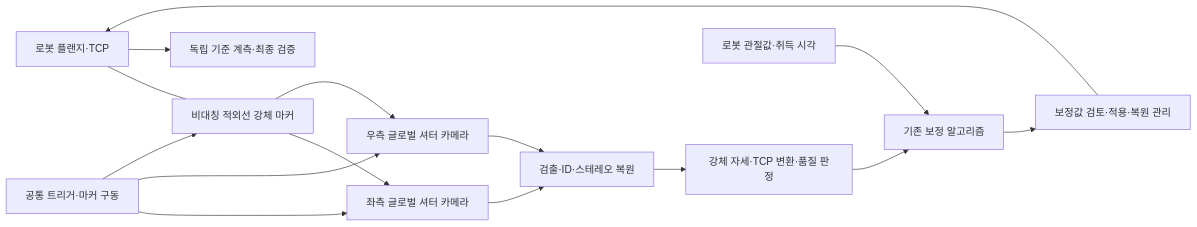
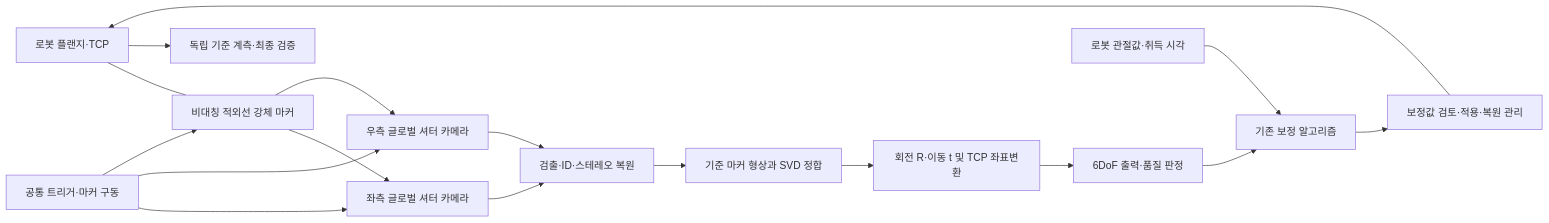
Before and after one commit to parclab-hsu/parclab-hsu.github.io: the diagram in homepage-src/docs/projects/hd-robotics-ots-concept.md, drawn with Mermaid. The commit also changed other lines of this file and 12 other files, not shown here.

Commit message:
Explain full TCP 6DoF extraction with architecture and runnable example

````diff
--- a/homepage-src/docs/projects/hd-robotics-ots-concept.md
+++ b/homepage-src/docs/projects/hd-robotics-ots-concept.md
@@ -48,17 +108,19 @@
 ```mermaid
 flowchart LR
     R[로봇 플랜지·TCP] --- M[비대칭 적외선 강체 마커]
     M --> L[좌측 글로벌 셔터 카메라]
     M --> C[우측 글로벌 셔터 카메라]
     S[공통 트리거·마커 구동] --> L
     S --> C
     S --> M
     L --> P[검출·ID·스테레오 복원]
     C --> P
-    P --> T[강체 자세·TCP 변환·품질 판정]
-    T --> A[기존 보정 알고리즘]
+    P --> F[기준 마커 형상과 SVD 정합]
+    F --> T[회전 R·이동 t 및 TCP 좌표변환]
+    T --> O[6DoF 출력·품질 판정]
+    O --> A[기존 보정 알고리즘]
     Q[로봇 관절값·취득 시각] --> A
     A --> V[보정값 검토·적용·복원 관리]
     V --> R
     R --> I[독립 기준 계측·최종 검증]
 ```
````
